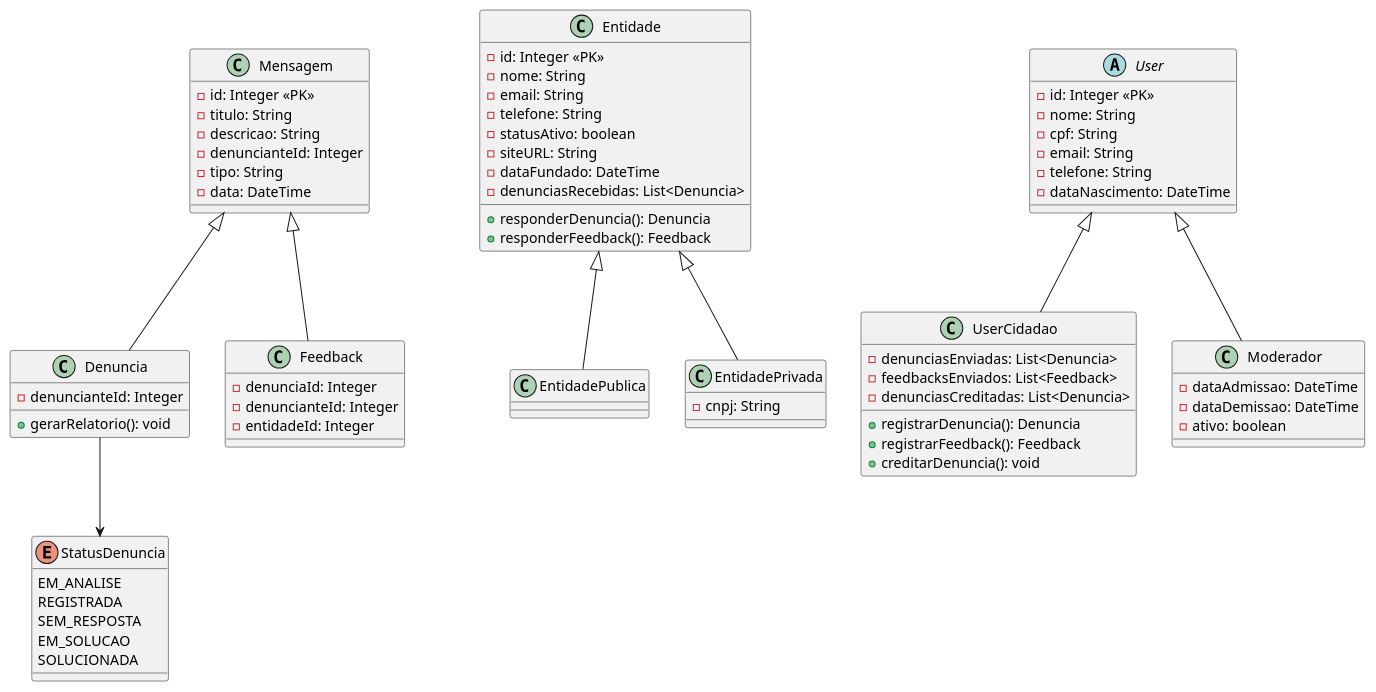
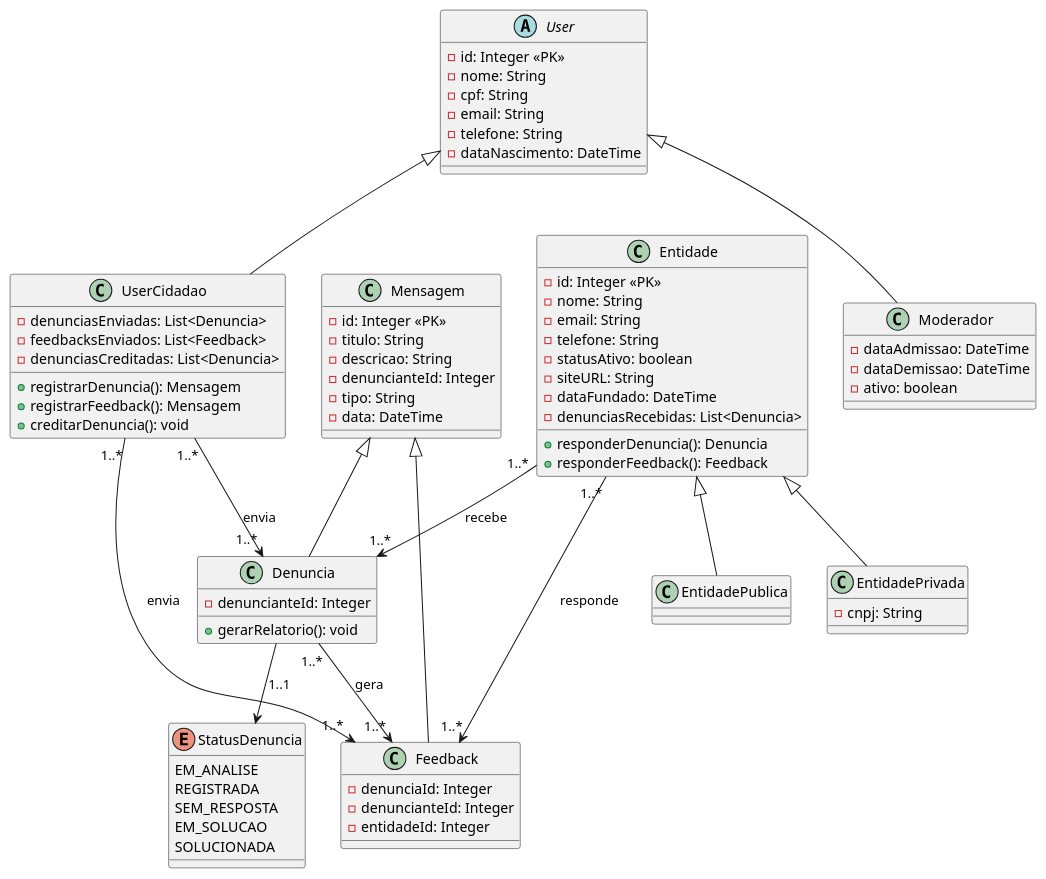
Before and after one commit to rafa-alves6/Reclama.se-AOO: the diagram in Diagramas/uml_classDiagram.puml, drawn with PlantUML.

```diff
--- a/Diagramas/uml_classDiagram.puml
+++ b/Diagramas/uml_classDiagram.puml
@@ -1,84 +1,91 @@
 @startuml
 abstract class User {
   - id: Integer <<PK>>
   - nome: String
   - cpf: String
   - email: String
   - telefone: String 
   - dataNascimento: DateTime
 }
 
 class UserCidadao {
   - denunciasEnviadas: List<Denuncia> 
   - feedbacksEnviados: List<Feedback>
   - denunciasCreditadas: List<Denuncia>
-  + registrarDenuncia(): Denuncia
-  + registrarFeedback(): Feedback
+  + registrarDenuncia(): Mensagem
+  + registrarFeedback(): Mensagem
   + creditarDenuncia(): void
 }
 
 class Moderador {
   - dataAdmissao: DateTime
   - dataDemissao: DateTime
   - ativo: boolean
 }
 
 UserCidadao -up-|> User
 Moderador -up-|> User
 
 class Entidade {
   - id: Integer <<PK>>
   - nome: String
   - email: String
   - telefone: String
   - statusAtivo: boolean 
   - siteURL: String 
   - dataFundado: DateTime
   - denunciasRecebidas: List<Denuncia>
   + responderDenuncia(): Denuncia
   + responderFeedback(): Feedback
 }
 
 
 class EntidadePublica {
 } 
 
 class EntidadePrivada {
   - cnpj: String
 }
 
 EntidadePublica -up-|> Entidade
 EntidadePrivada -up-|> Entidade
 
 class Mensagem {
   - id: Integer <<PK>>
   - titulo: String
   - descricao: String
   - denuncianteId: Integer
   - tipo: String 
   - data: DateTime
 }
 
 class Denuncia {
   - denuncianteId: Integer
   + gerarRelatorio(): void
 }
 
 class Feedback {
   - denunciaId: Integer
   - denuncianteId: Integer
   - entidadeId: Integer
 }
+
 Denuncia -up-|> Mensagem
 Feedback -up-|> Mensagem 
 
 enum StatusDenuncia {
   EM_ANALISE
   REGISTRADA
   SEM_RESPOSTA
   EM_SOLUCAO
   SOLUCIONADA
 }
 
-Denuncia --> StatusDenuncia
+Denuncia --> StatusDenuncia : 1..1
+UserCidadao "1..*" --> "1..*" Denuncia : envia
+UserCidadao "1..*" --> "1..*" Feedback : envia
+Entidade "1..*" --> "1..*" Denuncia : recebe
+Entidade "1..*" --> "1..*" Feedback : responde
+Denuncia "1..*" --> "1..*" Feedback : gera
+
 @enduml
```
